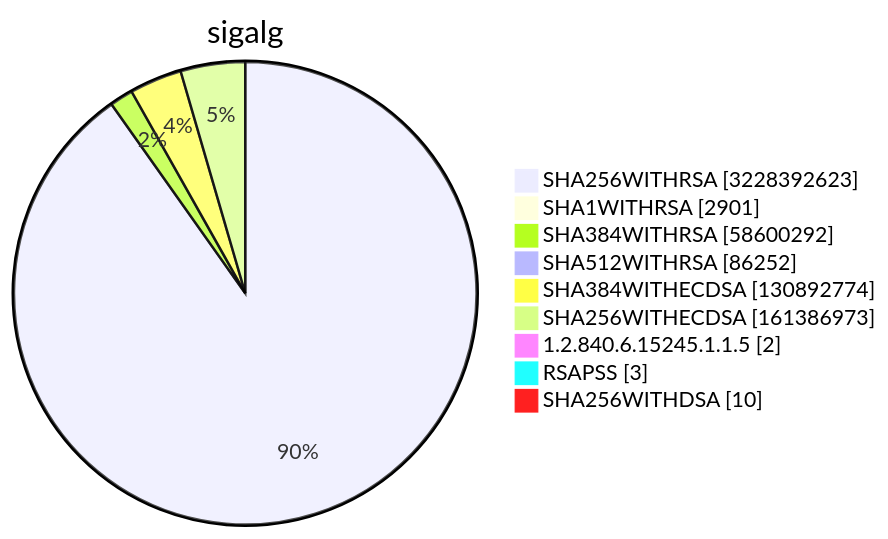
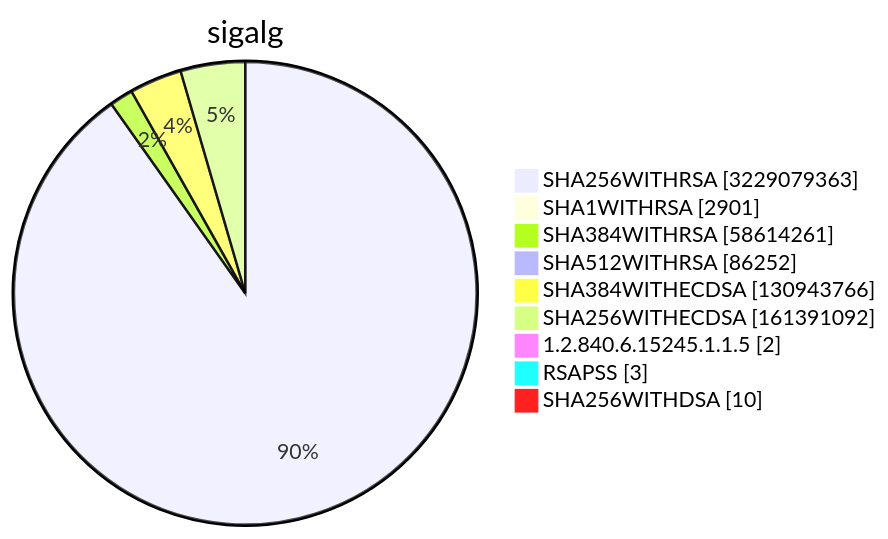
Before and after one commit to christiankrug/ctmonitor_visualization: diagram 15 of 15 in TOTAL/README.md, drawn with Mermaid. The commit also changed other lines of this file, not shown here.

````diff
--- a/TOTAL/README.md
+++ b/TOTAL/README.md
@@ -6217,13 +6217,13 @@
 ```mermaid
 pie showData
 title sigalg
-"SHA256WITHRSA" :3228392623
+"SHA256WITHRSA" :3229079363
 "SHA1WITHRSA" :2901
-"SHA384WITHRSA" :58600292
+"SHA384WITHRSA" :58614261
 "SHA512WITHRSA" :86252
-"SHA384WITHECDSA" :130892774
-"SHA256WITHECDSA" :161386973
+"SHA384WITHECDSA" :130943766
+"SHA256WITHECDSA" :161391092
 "1.2.840.6.15245.1.1.5" :2
 "RSAPSS" :3
 "SHA256WITHDSA" :10
 ```
````
